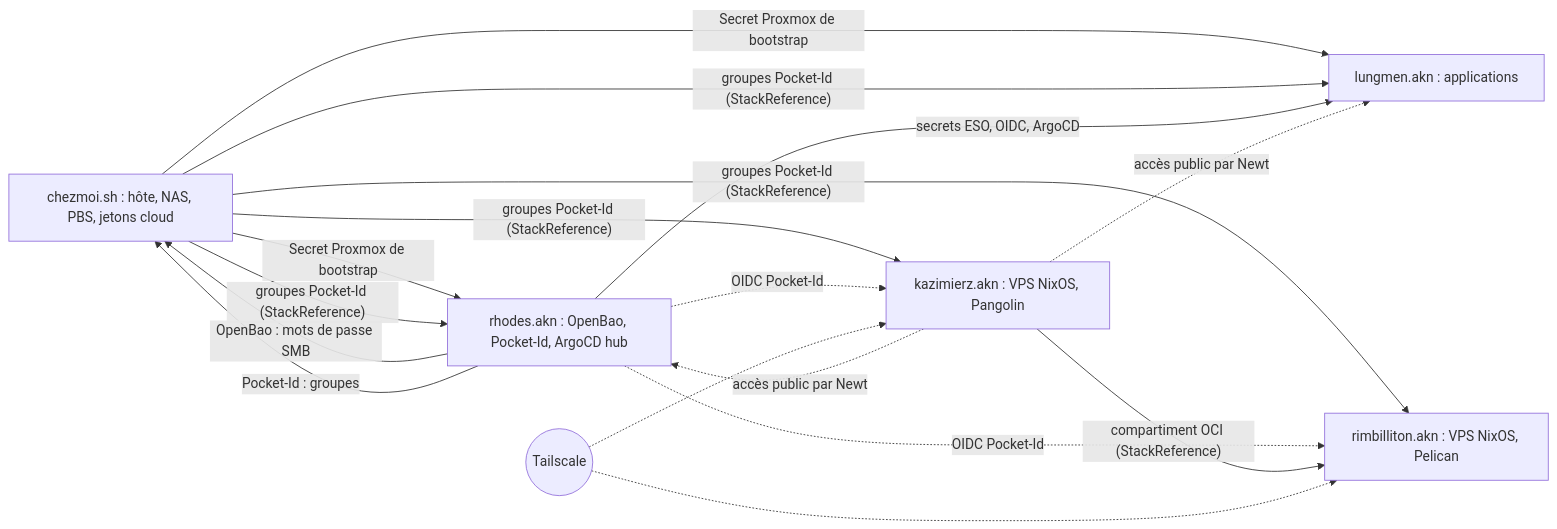
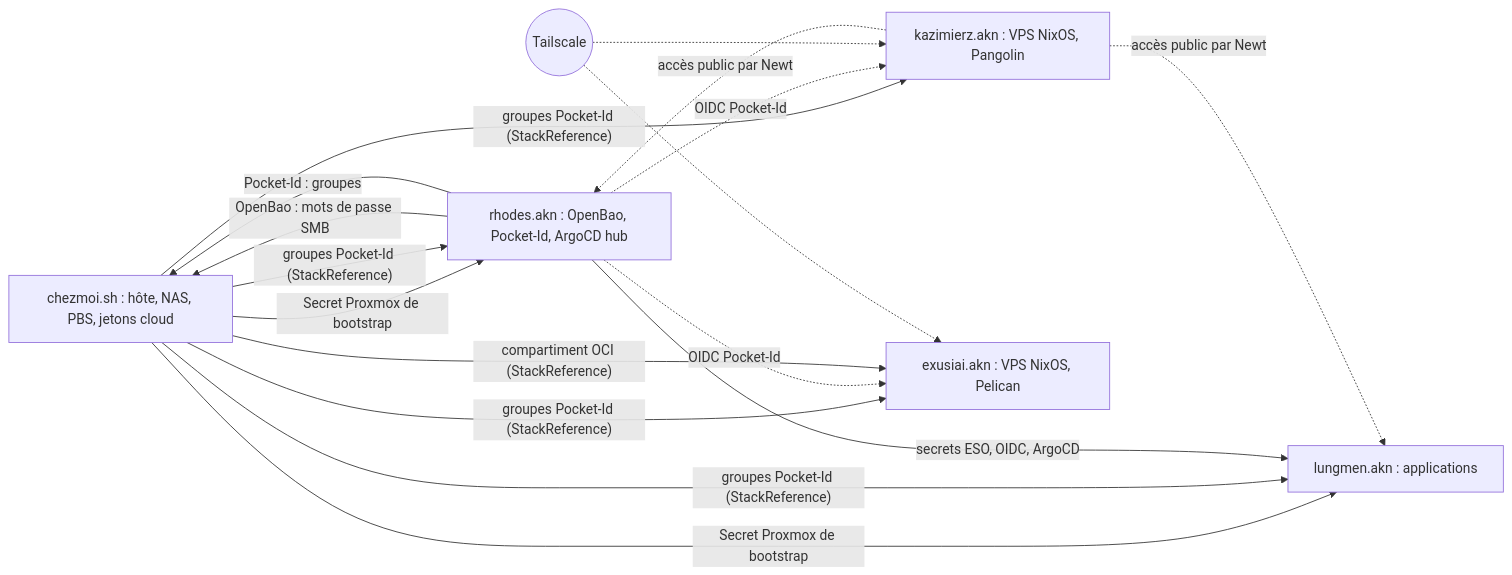
One commit to chezmoidotsh/arcane changed the second of 2 diagrams in docs/plan-de-reprise/brouillon/Plan-de-Reprise-apres-Sinistre.md. Above: the diagram before and after it, drawn with Mermaid. The commit also changed other lines of this file and 52 other files, not shown here.

First line of the commit message:
>[fleet:exusiai.akn,project:rimbilliton.akn]: Move rimbilliton to fleet/hosts/akn.exusiai

````diff
--- a/docs/plan-de-reprise/brouillon/Plan-de-Reprise-apres-Sinistre.md
+++ b/docs/plan-de-reprise/brouillon/Plan-de-Reprise-apres-Sinistre.md
@@ -86,19 +86,19 @@
 ```mermaid
 flowchart LR
   CZ["chezmoi.sh : hôte, NAS, PBS, jetons cloud"] -->|"Secret Proxmox de bootstrap"| RH
   CZ -->|"Secret Proxmox de bootstrap"| LG
   CZ -->|"groupes Pocket-Id (StackReference)"| RH
   CZ -->|"groupes Pocket-Id (StackReference)"| LG
   CZ -->|"groupes Pocket-Id (StackReference)"| KZ
   CZ -->|"groupes Pocket-Id (StackReference)"| RB
   RH["rhodes.akn : OpenBao, Pocket-Id, ArgoCD hub"] -->|"secrets ESO, OIDC, ArgoCD"| LG["lungmen.akn : applications"]
   RH -->|"OpenBao : mots de passe SMB"| CZ
   RH -->|"Pocket-Id : groupes"| CZ
   RH -.->|"OIDC Pocket-Id"| KZ["kazimierz.akn : VPS NixOS, Pangolin"]
-  RH -.->|"OIDC Pocket-Id"| RB["rimbilliton.akn : VPS NixOS, Pelican"]
-  KZ -->|"compartiment OCI (StackReference)"| RB
+  RH -.->|"OIDC Pocket-Id"| RB["exusiai.akn : VPS NixOS, Pelican"]
+  CZ -->|"compartiment OCI (StackReference)"| RB
   KZ -.->|"accès public par Newt"| RH
   KZ -.->|"accès public par Newt"| LG
   TS(("Tailscale")) -.-> KZ
   TS -.-> RB
 ```
````
